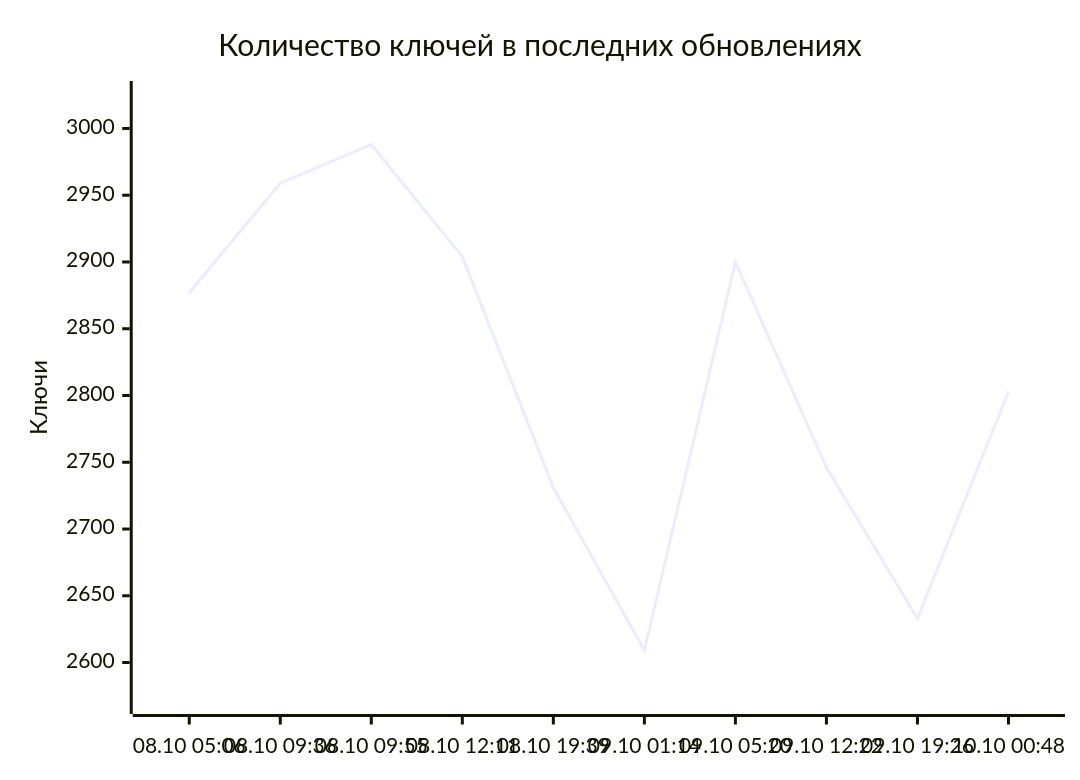
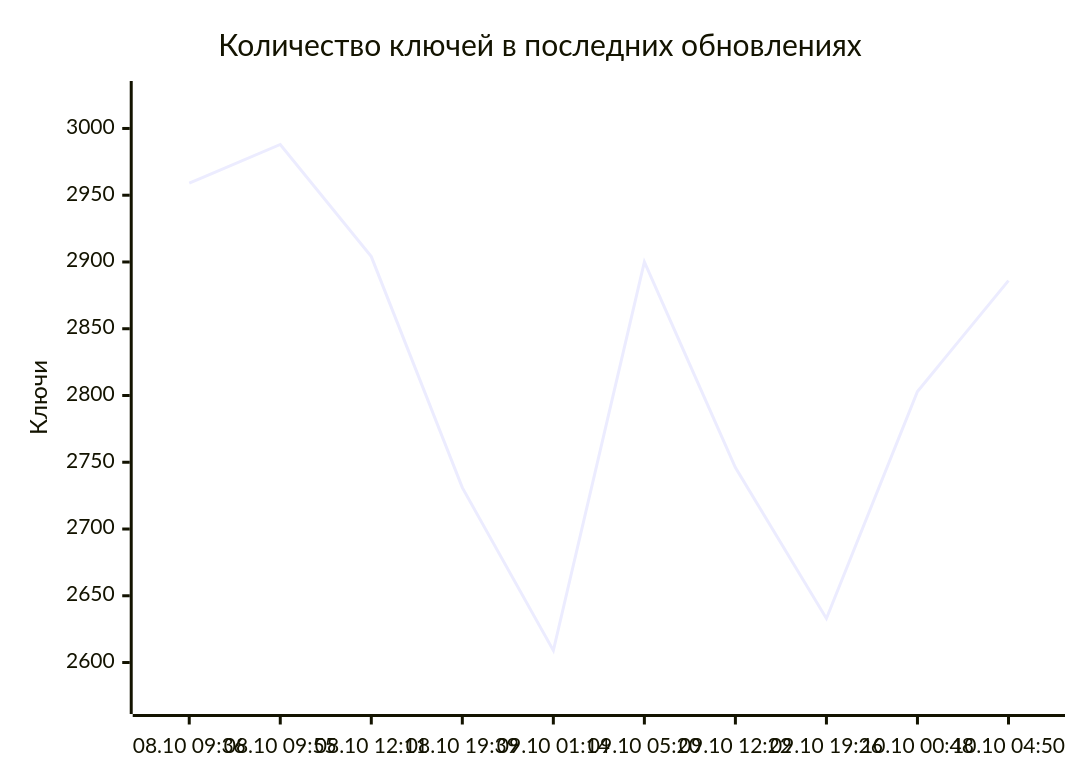
The diagram in README.md (markKikhtenko/WireVeil), drawn with Mermaid before and after one commit. The commit also changed other lines of this file and 12 other files, not shown here.

````diff
--- a/README.md
+++ b/README.md
@@ -55,7 +55,7 @@
 ```mermaid
 xychart-beta
     title "Количество ключей в последних обновлениях"
-    x-axis ["08.10 05:06", "08.10 09:36", "08.10 09:55", "08.10 12:11", "08.10 19:39", "09.10 01:14", "09.10 05:20", "09.10 12:22", "09.10 19:26", "10.10 00:48"]
+    x-axis ["08.10 09:36", "08.10 09:55", "08.10 12:11", "08.10 19:39", "09.10 01:14", "09.10 05:20", "09.10 12:22", "09.10 19:26", "10.10 00:48", "10.10 04:50"]
     y-axis "Ключи" 2571 --> 3026
-    line [2877, 2959, 2988, 2904, 2731, 2609, 2900, 2746, 2633, 2803]
+    line [2959, 2988, 2904, 2731, 2609, 2900, 2746, 2633, 2803, 2886]
 ```
````
